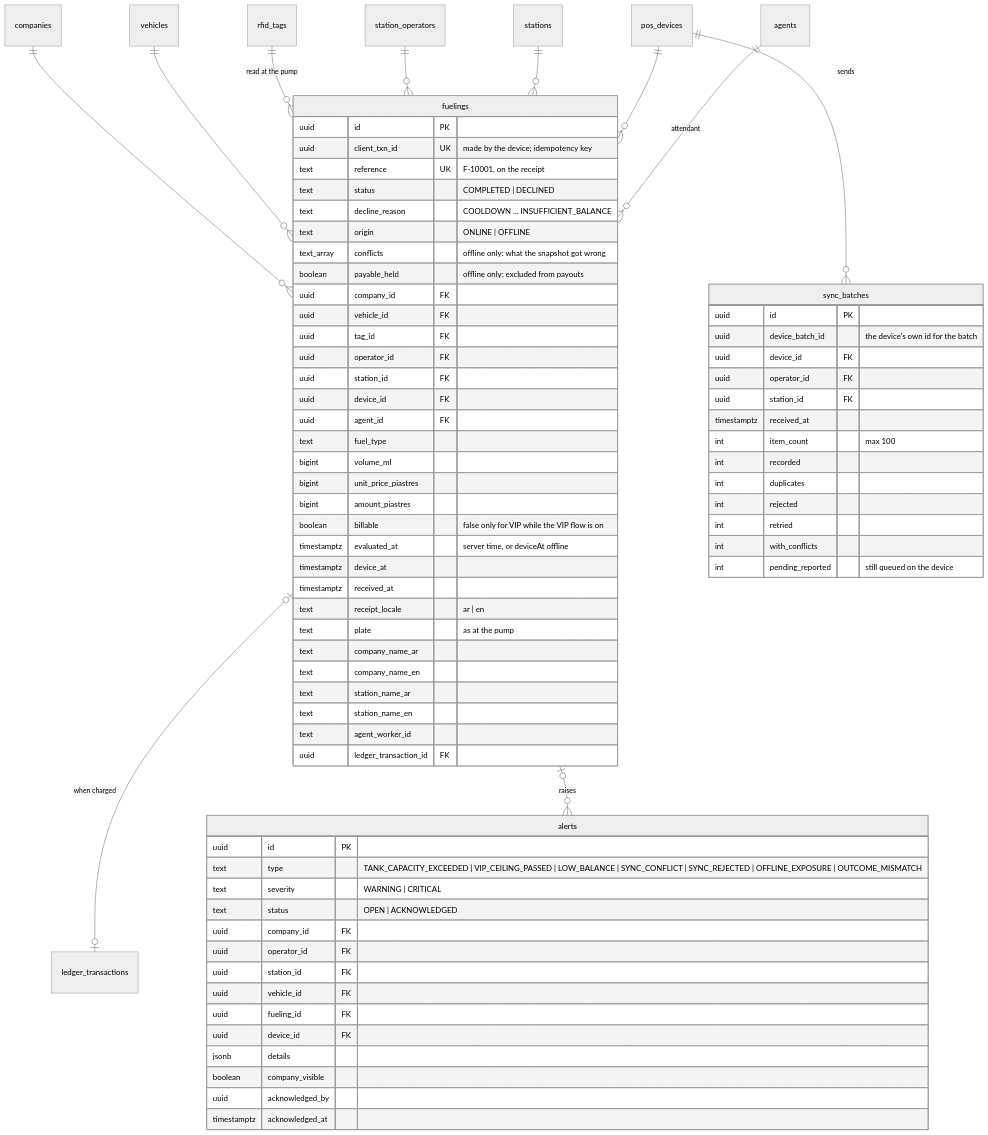
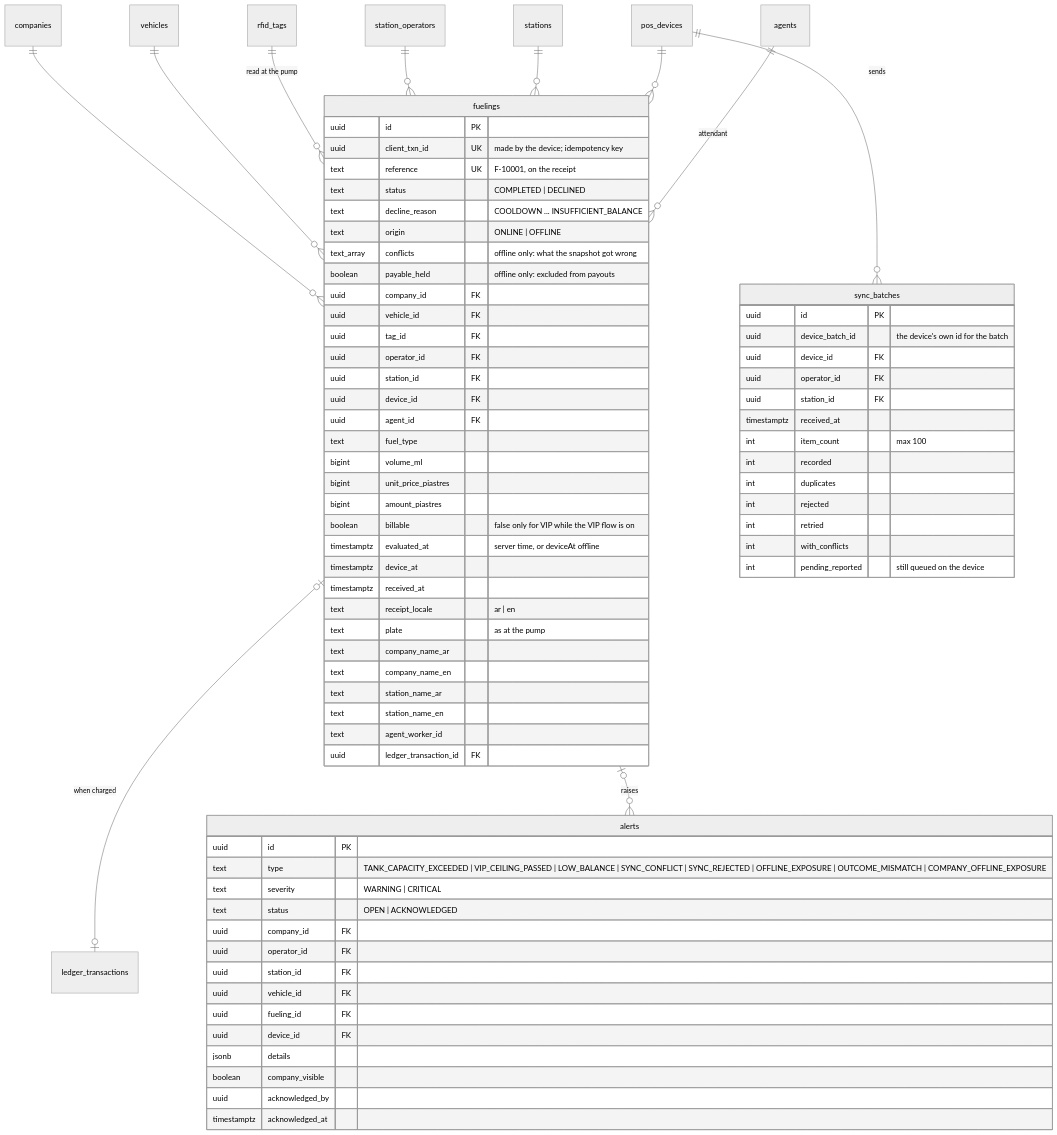
One commit to ahmed2003-code-py/zood changed the eighth of 11 diagrams in docs/architecture/database-erd.md. Above: the diagram before and after it, drawn with Mermaid (neutral theme). The commit also changed other lines of this file and 25 other files, not shown here.

````diff
--- a/docs/architecture/database-erd.md
+++ b/docs/architecture/database-erd.md
@@ -519,78 +552,78 @@
 ```mermaid
 erDiagram
     companies ||--o{ fuelings : ""
     vehicles ||--o{ fuelings : ""
     rfid_tags ||--o{ fuelings : "read at the pump"
     station_operators ||--o{ fuelings : ""
     stations ||--o{ fuelings : ""
     pos_devices ||--o{ fuelings : ""
     agents ||--o{ fuelings : "attendant"
     fuelings |o--o| ledger_transactions : "when charged"
     fuelings |o--o{ alerts : raises
     pos_devices ||--o{ sync_batches : sends
 
     fuelings {
         uuid id PK
         uuid client_txn_id UK "made by the device; idempotency key"
         text reference UK "F-10001, on the receipt"
         text status "COMPLETED | DECLINED"
         text decline_reason "COOLDOWN ... INSUFFICIENT_BALANCE"
         text origin "ONLINE | OFFLINE"
         text_array conflicts "offline only: what the snapshot got wrong"
         boolean payable_held "offline only: excluded from payouts"
         uuid company_id FK
         uuid vehicle_id FK
         uuid tag_id FK
         uuid operator_id FK
         uuid station_id FK
         uuid device_id FK
         uuid agent_id FK
         text fuel_type
         bigint volume_ml
         bigint unit_price_piastres
         bigint amount_piastres
         boolean billable "false only for VIP while the VIP flow is on"
         timestamptz evaluated_at "server time, or deviceAt offline"
         timestamptz device_at
         timestamptz received_at
         text receipt_locale "ar | en"
         text plate "as at the pump"
         text company_name_ar
         text company_name_en
         text station_name_ar
         text station_name_en
         text agent_worker_id
         uuid ledger_transaction_id FK
     }
     alerts {
         uuid id PK
-        text type "TANK_CAPACITY_EXCEEDED | VIP_CEILING_PASSED | LOW_BALANCE | SYNC_CONFLICT | SYNC_REJECTED | OFFLINE_EXPOSURE | OUTCOME_MISMATCH"
+        text type "TANK_CAPACITY_EXCEEDED | VIP_CEILING_PASSED | LOW_BALANCE | SYNC_CONFLICT | SYNC_REJECTED | OFFLINE_EXPOSURE | OUTCOME_MISMATCH | COMPANY_OFFLINE_EXPOSURE"
         text severity "WARNING | CRITICAL"
         text status "OPEN | ACKNOWLEDGED"
         uuid company_id FK
         uuid operator_id FK
         uuid station_id FK
         uuid vehicle_id FK
         uuid fueling_id FK
         uuid device_id FK
         jsonb details
         boolean company_visible
         uuid acknowledged_by
         timestamptz acknowledged_at
     }
     sync_batches {
         uuid id PK
         uuid device_batch_id "the device's own id for the batch"
         uuid device_id FK
         uuid operator_id FK
         uuid station_id FK
         timestamptz received_at
         int item_count "max 100"
         int recorded
         int duplicates
         int rejected
         int retried
         int with_conflicts
         int pending_reported "still queued on the device"
     }
 ```
````
